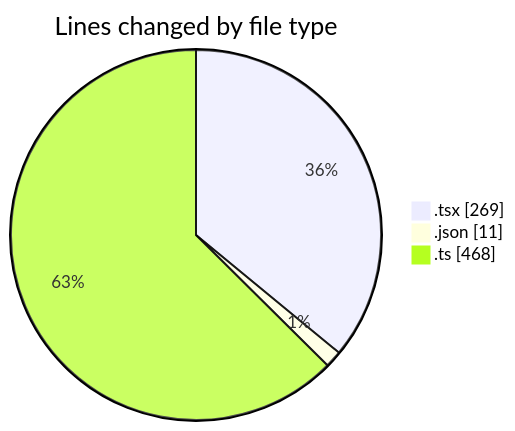
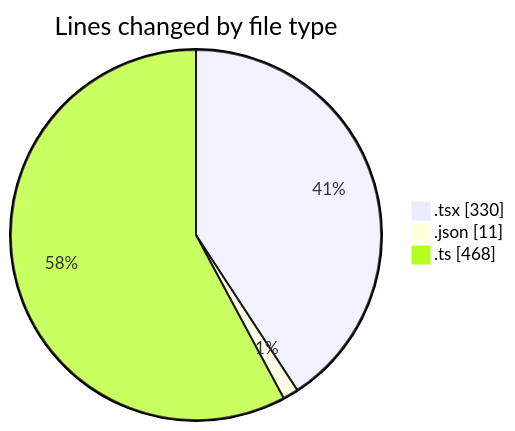
The first of 2 diagrams in 2025-05-12/cda/README.md (momahboobian/code-tracking), drawn with Mermaid before and after one commit. The commit also changed other lines of this file and 1 other file, not shown here.

````diff
--- a/2025-05-12/cda/README.md
+++ b/2025-05-12/cda/README.md
@@ -30,7 +31,7 @@
 ```mermaid
 pie showData
 title Lines changed by file type
-".tsx" : 269
+".tsx" : 330
 ".json" : 11
 ".ts" : 468
 ```
````
